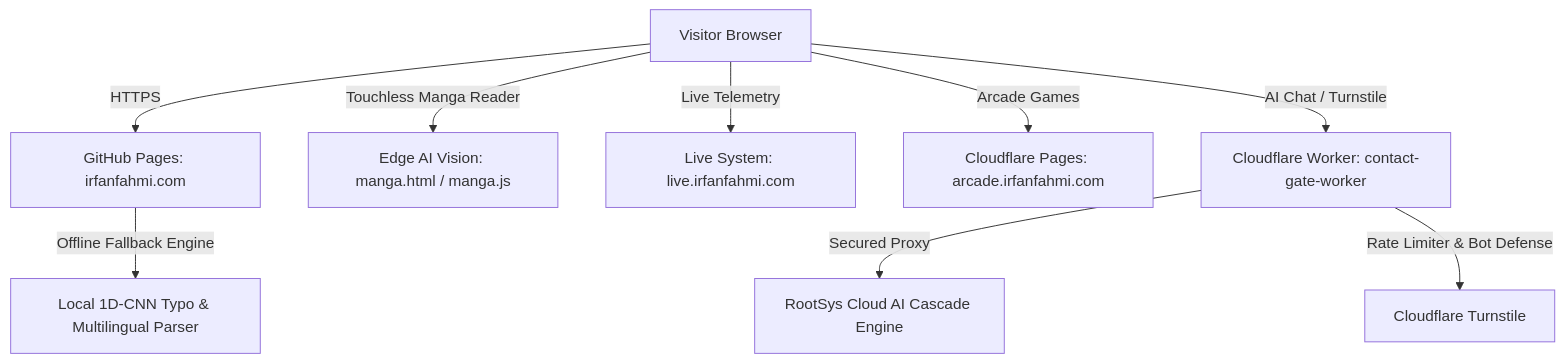
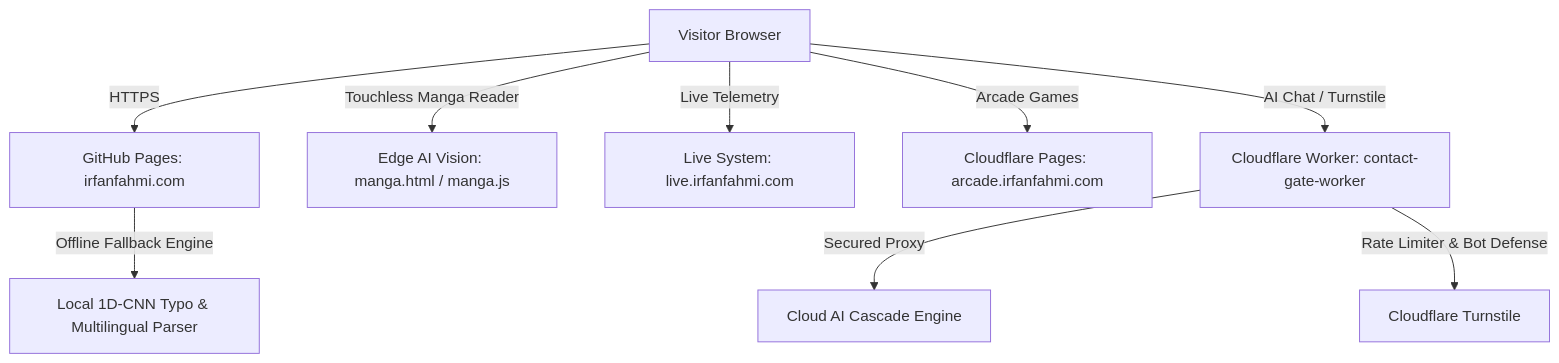
One commit to l3al3y/Portfolio changed the diagram in README.md. Above: the diagram before and after it, drawn with Mermaid.

Commit message:
refactor(docs): remove RootSys reference from System Architecture diagram

````diff
--- a/README.md
+++ b/README.md
@@ -101,11 +101,11 @@
 ```mermaid
 graph TD
     A[Visitor Browser] -->|HTTPS| B[GitHub Pages: irfanfahmi.com]
     A -->|Touchless Manga Reader| M[Edge AI Vision: manga.html / manga.js]
     A -->|Live Telemetry| C[Live System: live.irfanfahmi.com]
     A -->|Arcade Games| D[Cloudflare Pages: arcade.irfanfahmi.com]
     A -->|AI Chat / Turnstile| E[Cloudflare Worker: contact-gate-worker]
-    E -->|Secured Proxy| F[RootSys Cloud AI Cascade Engine]
+    E -->|Secured Proxy| F[Cloud AI Cascade Engine]
     E -->|Rate Limiter & Bot Defense| G[Cloudflare Turnstile]
     B -->|Offline Fallback Engine| H[Local 1D-CNN Typo & Multilingual Parser]
 ```
````
